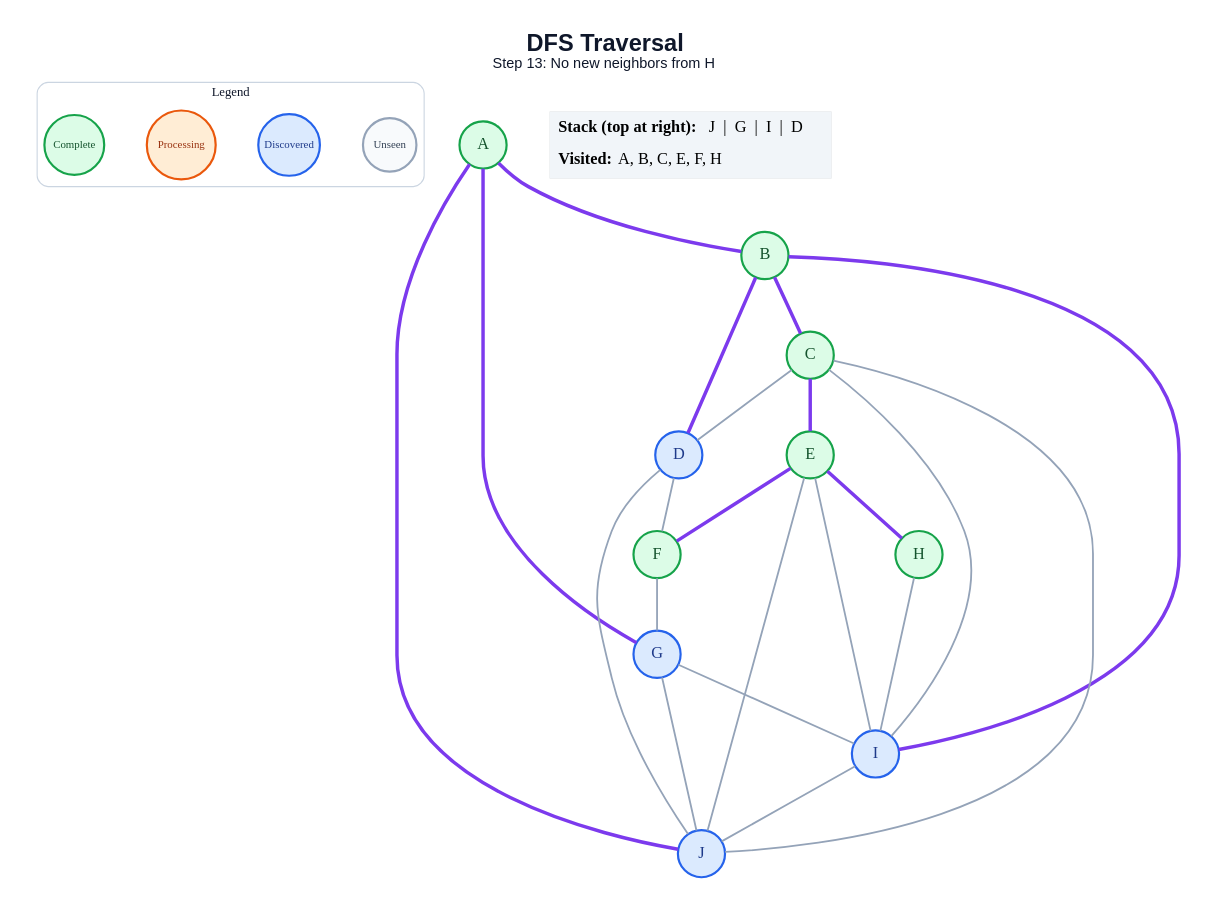
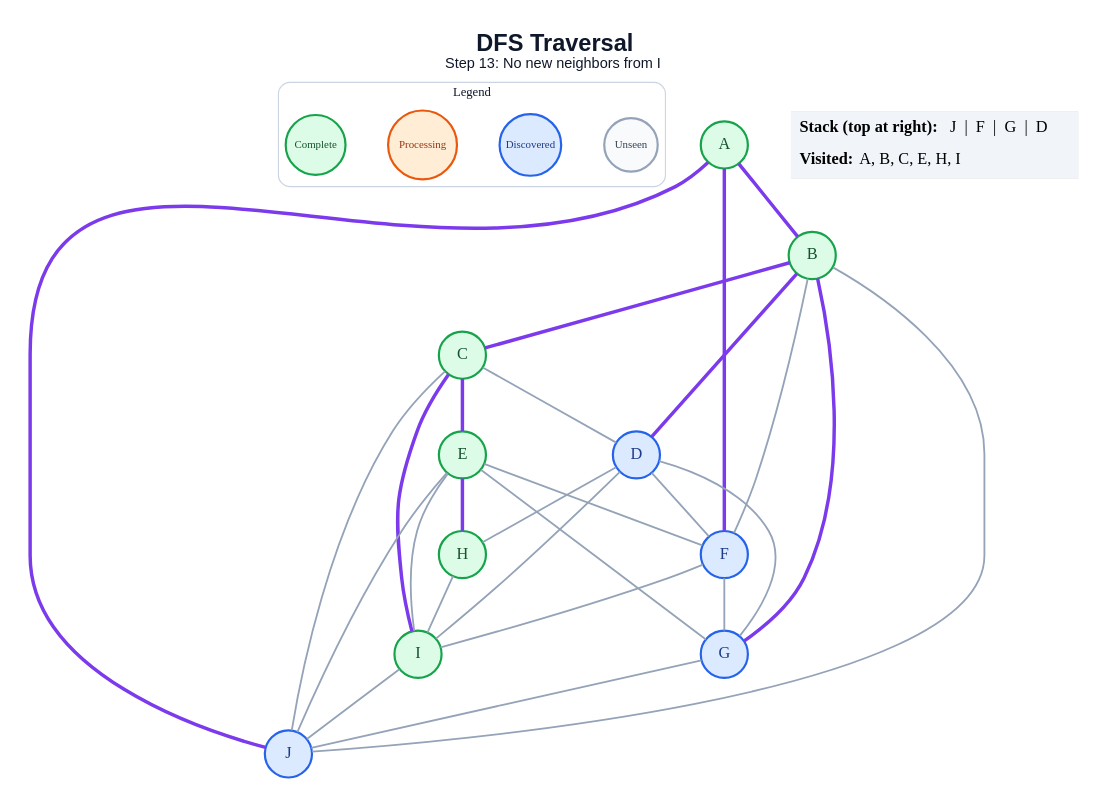
Before and after one commit to anon7238593-create/ai-slop: the diagram in generated/dfs/step_13.dot, drawn with Graphviz. The commit also changed 171 other files, not shown here.

```diff
--- a/generated/dfs/step_13.dot
+++ b/generated/dfs/step_13.dot
@@ -1,50 +1,55 @@
 graph traversal {
   graph [layout=dot, rankdir=TB, bgcolor="#FFFFFF", pad="0.35", nodesep="0.65", ranksep="0.8", fontname="Arial"];
   node [shape=circle, style="filled", fontname="Arial Bold", fontsize=18, width=0.72, fixedsize=true, penwidth=2.4];
   edge [color="#94A3B8", penwidth=2.0];
-  label=<<B>DFS Traversal</B><BR/><FONT POINT-SIZE="16">Step 13: No new neighbors from H</FONT>>; labelloc="t"; fontsize=26; fontname="Arial"; fontcolor="#0F172A";
+  label=<<B>DFS Traversal</B><BR/><FONT POINT-SIZE="16">Step 13: No new neighbors from I</FONT>>; labelloc="t"; fontsize=26; fontname="Arial"; fontcolor="#0F172A";
   subgraph cluster_legend { label="Legend"; color="#CBD5E1"; penwidth=1.2; style="rounded"; fontsize=14; fontname="Arial Bold";
     key_unseen [label="Unseen", fillcolor="#F8FAFC", color="#94A3B8", fontcolor="#334155", fontsize=12, width=0.82];
     key_frontier [label="Discovered", fillcolor="#DBEAFE", color="#2563EB", fontcolor="#1E3A8A", fontsize=12, width=0.95];
     key_current [label="Processing", fillcolor="#FFEDD5", color="#EA580C", fontcolor="#9A3412", fontsize=12, width=1.05];
     key_done [label="Complete", fillcolor="#DCFCE7", color="#16A34A", fontcolor="#14532D", fontsize=12, width=0.92];
     { rank=same; key_unseen; key_frontier; key_current; key_done; }
   }
   A [fillcolor="#DCFCE7", color="#16A34A", fontcolor="#14532D"];
   B [fillcolor="#DCFCE7", color="#16A34A", fontcolor="#14532D"];
   C [fillcolor="#DCFCE7", color="#16A34A", fontcolor="#14532D"];
   D [fillcolor="#DBEAFE", color="#2563EB", fontcolor="#1E3A8A"];
   E [fillcolor="#DCFCE7", color="#16A34A", fontcolor="#14532D"];
-  F [fillcolor="#DCFCE7", color="#16A34A", fontcolor="#14532D"];
+  F [fillcolor="#DBEAFE", color="#2563EB", fontcolor="#1E3A8A"];
   G [fillcolor="#DBEAFE", color="#2563EB", fontcolor="#1E3A8A"];
   H [fillcolor="#DCFCE7", color="#16A34A", fontcolor="#14532D"];
-  I [fillcolor="#DBEAFE", color="#2563EB", fontcolor="#1E3A8A"];
+  I [fillcolor="#DCFCE7", color="#16A34A", fontcolor="#14532D"];
   J [fillcolor="#DBEAFE", color="#2563EB", fontcolor="#1E3A8A"];
   A -- B [color="#7C3AED", penwidth=3.8];
-  A -- G [color="#7C3AED", penwidth=3.8];
+  A -- F [color="#7C3AED", penwidth=3.8];
   A -- J [color="#7C3AED", penwidth=3.8];
   B -- C [color="#7C3AED", penwidth=3.8];
   B -- D [color="#7C3AED", penwidth=3.8];
-  B -- I [color="#7C3AED", penwidth=3.8];
+  B -- F;
+  B -- G [color="#7C3AED", penwidth=3.8];
+  B -- J;
   C -- D;
   C -- E [color="#7C3AED", penwidth=3.8];
-  C -- I;
+  C -- I [color="#7C3AED", penwidth=3.8];
   C -- J;
   D -- F;
-  D -- J;
-  E -- F [color="#7C3AED", penwidth=3.8];
+  D -- G;
+  D -- H;
+  D -- I;
+  E -- F;
+  E -- G;
   E -- H [color="#7C3AED", penwidth=3.8];
   E -- I;
   E -- J;
   F -- G;
-  G -- I;
+  F -- I;
   G -- J;
   H -- I;
   I -- J;
   status [shape=plain, fixedsize=false, width=0, height=0, margin=0, label=<
     <TABLE BORDER="0" CELLBORDER="0" CELLPADDING="7" BGCOLOR="#F1F5F9">
-      <TR><TD ALIGN="LEFT"><B>Stack (top at right):</B> J  |  G  |  I  |  D</TD></TR>
-      <TR><TD ALIGN="LEFT"><B>Visited:</B> A, B, C, E, F, H</TD></TR>
+      <TR><TD ALIGN="LEFT"><B>Stack (top at right):</B> J  |  F  |  G  |  D</TD></TR>
+      <TR><TD ALIGN="LEFT"><B>Visited:</B> A, B, C, E, H, I</TD></TR>
     </TABLE>
   >];
 }
```
